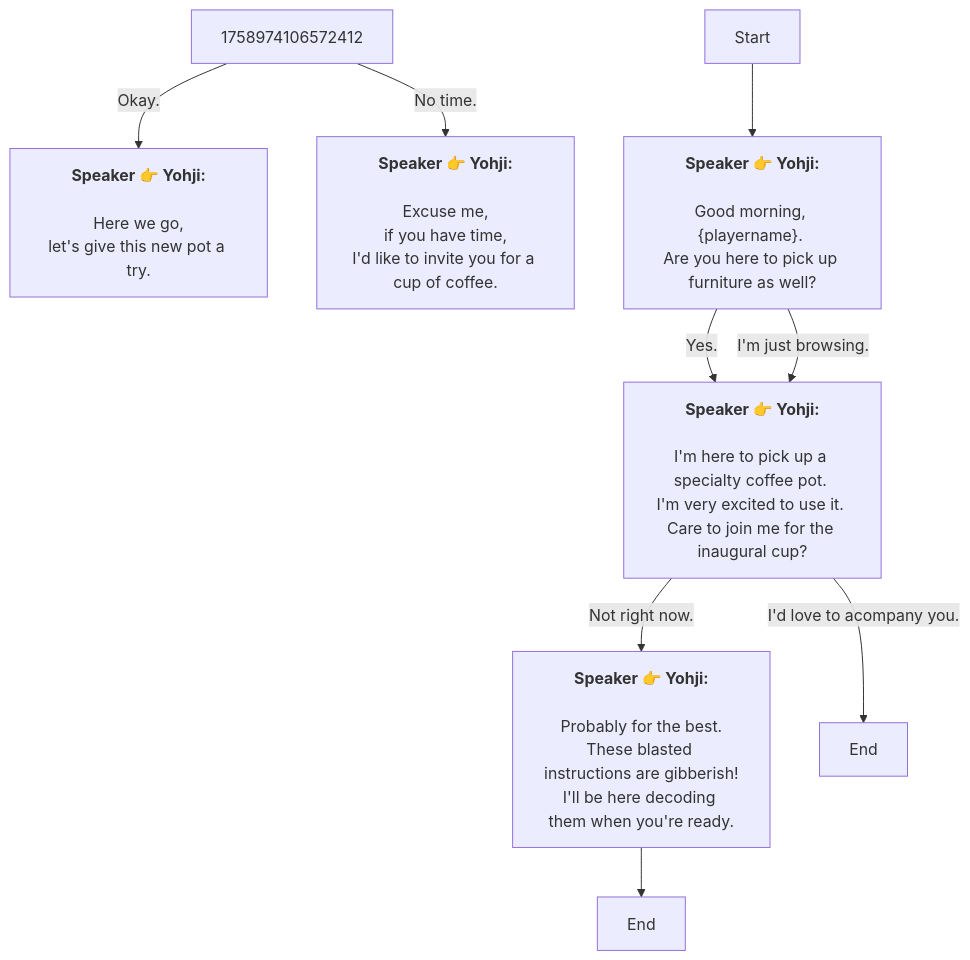
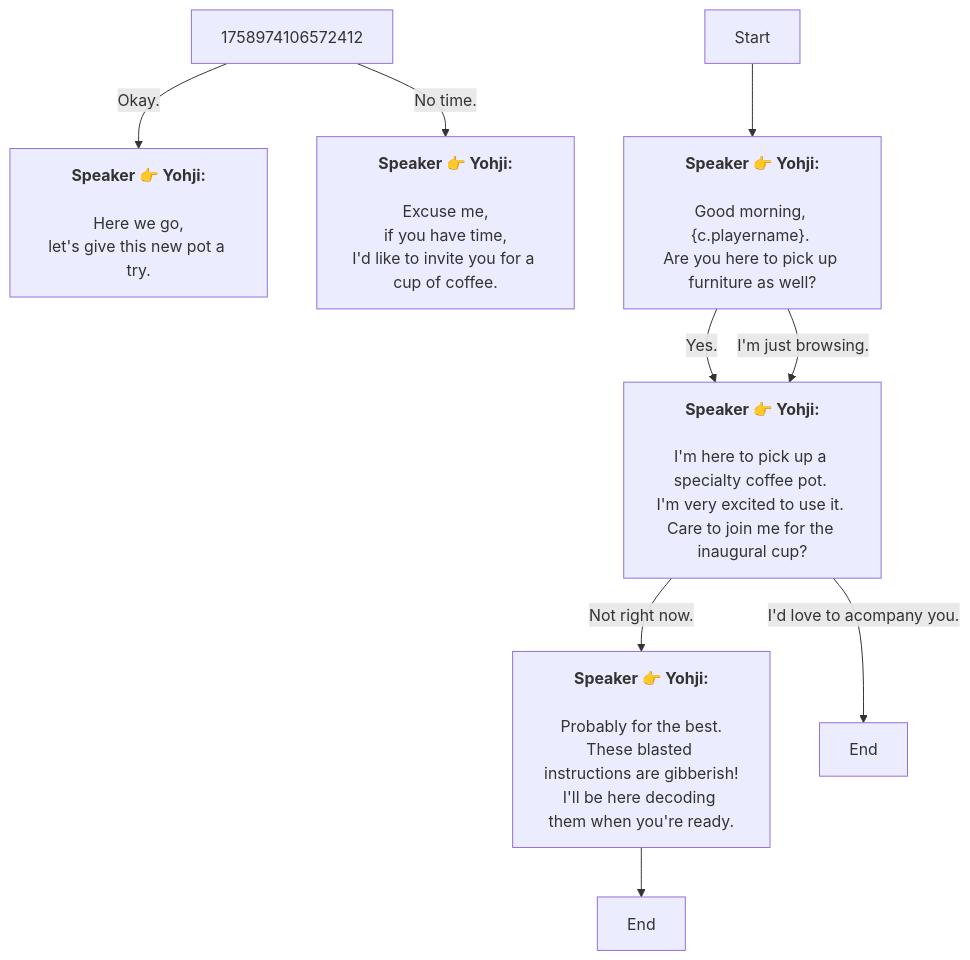
The diagram in En/QuestTalkObjectiveNode_1758973985694327.md (SoftHu/tos_avg), drawn with Mermaid before and after one commit. The commit also changed 410 other files, not shown here.

````diff
--- a/En/QuestTalkObjectiveNode_1758973985694327.md
+++ b/En/QuestTalkObjectiveNode_1758973985694327.md
@@ -1,32 +1,28 @@
 ```mermaid
 graph
 1758974106572412 -->|Okay.|1758974862427780[<b>Speaker 👉 Yohji:</b>
 \nHere we go,
 let's give this new pot a try.]
 1758974106572412 -->|No time.|1758974898523781[<b>Speaker 👉 Yohji:</b>
 \nExcuse me,
 if you have time,
 I'd like to invite you for a cup of coffee.]
 Start -->1772870341373218[<b>Speaker 👉 Yohji:</b>
-\nGood morning, &lbrace;playername&rbrace;. 
-Are you here to pick up furniture as well?
-]
-1772870341373218 -->|Yes. |1772870377515304[<b>Speaker 👉 Yohji:</b>
+\nGood morning, &lbrace;c.playername&rbrace;. 
+Are you here to pick up furniture as well?]
+1772870341373218 -->|Yes.|1772870377515304[<b>Speaker 👉 Yohji:</b>
 \nI'm here to pick up a specialty coffee pot. 
 I'm very excited to use it. 
-Care to join me for the inaugural cup?
-]
-1772870341373218 -->|I'm just browsing. |1772870377515304[<b>Speaker 👉 Yohji:</b>
+Care to join me for the inaugural cup?]
+1772870341373218 -->|I'm just browsing.|1772870377515304[<b>Speaker 👉 Yohji:</b>
 \nI'm here to pick up a specialty coffee pot. 
 I'm very excited to use it. 
-Care to join me for the inaugural cup?
-]
-1772870377515304 -->|Not right now. |1772870422685998[<b>Speaker 👉 Yohji:</b>
+Care to join me for the inaugural cup?]
+1772870377515304 -->|Not right now.|1772870422685998[<b>Speaker 👉 Yohji:</b>
 \nProbably for the best.
 These blasted instructions are gibberish!
-I'll be here decoding them when you're ready.
-]
-1772870377515304 -->|I'd love to acompany you. |1772870517681456[End]
+I'll be here decoding them when you're ready.]
+1772870377515304 -->|I'd love to acompany you.|1772870517681456[End]
 1772870422685998 -->1772870499052847[End]
 
 ```
````
